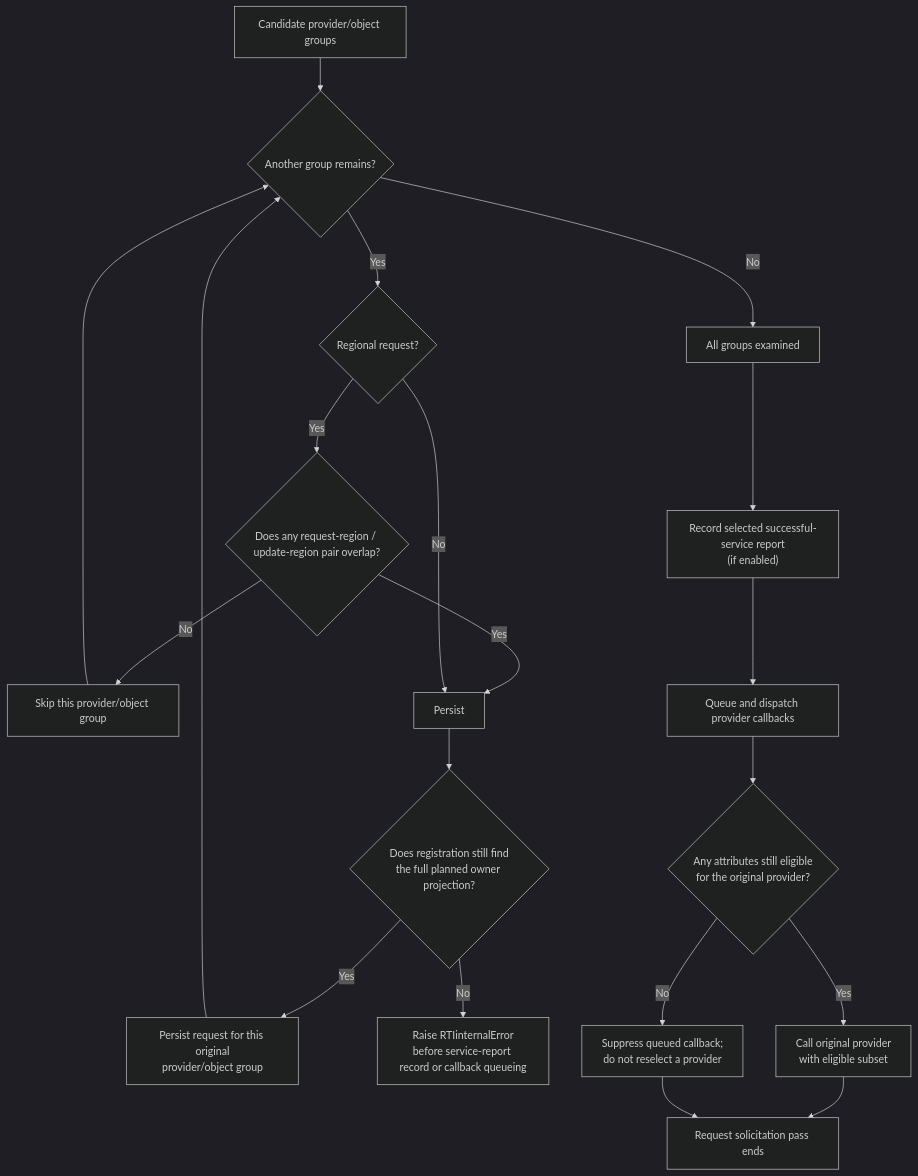
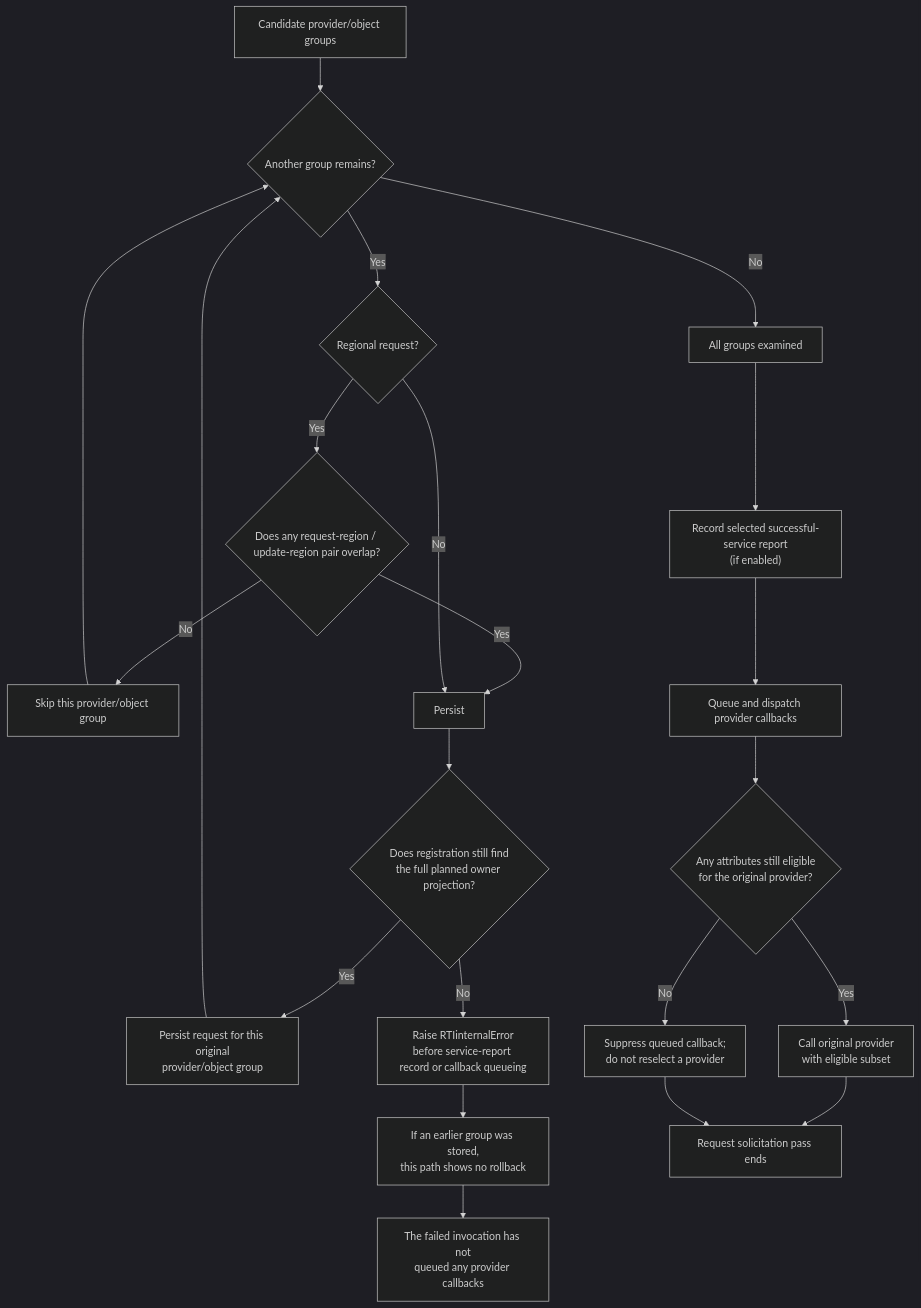
One commit to sheepfling/umbra changed the fifth of 15 diagrams in docs/design/HLA-2025-ATTRIBUTE-VALUE-UPDATE-REQUEST-FLOW-GUIDE.md. Above: the diagram before and after it, drawn with Mermaid (dark theme). The commit also changed other lines of this file and 39 other files, not shown here.

Commit message:
Document IEEE 1516.1-2025 behavior flows

````diff
--- a/docs/design/HLA-2025-ATTRIBUTE-VALUE-UPDATE-REQUEST-FLOW-GUIDE.md
+++ b/docs/design/HLA-2025-ATTRIBUTE-VALUE-UPDATE-REQUEST-FLOW-GUIDE.md
@@ -159,22 +237,24 @@
 ```mermaid
 flowchart TD
   Candidates["Candidate provider/object groups"] --> Next{"Another group remains?"}
   Next -->|Yes| Regional{"Regional request?"}
   Next -->|No| Done["All groups examined"]
   Regional -->|Yes| Match{"Does any request-region / update-region pair overlap?"}
   Match -->|No| Skip["Skip this provider/object group"]
   Match -->|Yes| Persist
   Regional -->|No| Persist
   Skip --> Next
   Persist --> Projection{"Does registration still find<br/>the full planned owner projection?"}
   Projection -->|Yes| Stored["Persist request for this original<br/>provider/object group"]
   Projection -->|No| RegistrationFailure["Raise RTIinternalError<br/>before service-report record or callback queueing"]
+  RegistrationFailure --> PossiblePartial["If an earlier group was stored,<br/>this path shows no rollback"]
+  PossiblePartial --> NoCallback["The failed invocation has not<br/>queued any provider callbacks"]
   Stored --> Next
   Done --> Report["Record selected successful-service report<br/>(if enabled)"]
   Report --> Dispatch["Queue and dispatch provider callbacks"]
   Dispatch --> Recheck{"Any attributes still eligible<br/>for the original provider?"}
   Recheck -->|No| Suppress["Suppress queued callback;<br/>do not reselect a provider"]
   Recheck -->|Yes| Callback["Call original provider<br/>with eligible subset"]
   Callback --> Finished["Request solicitation pass ends"]
   Suppress --> Finished
 ```
````
